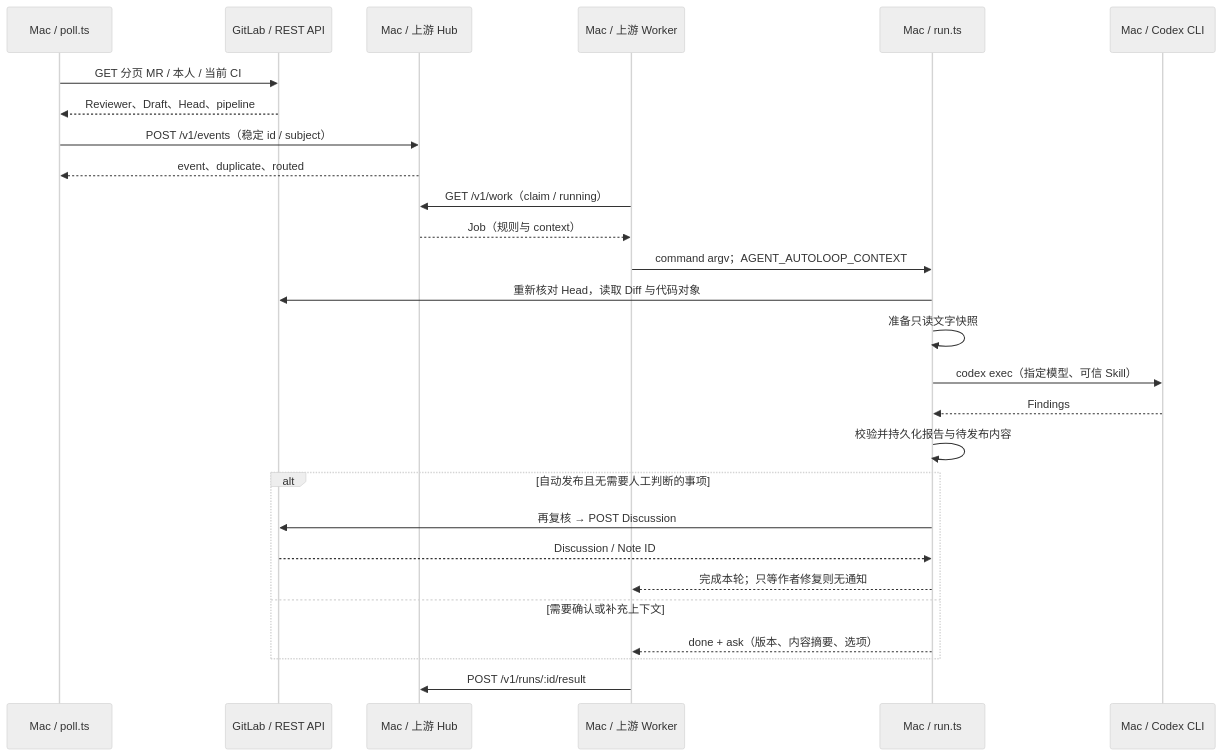
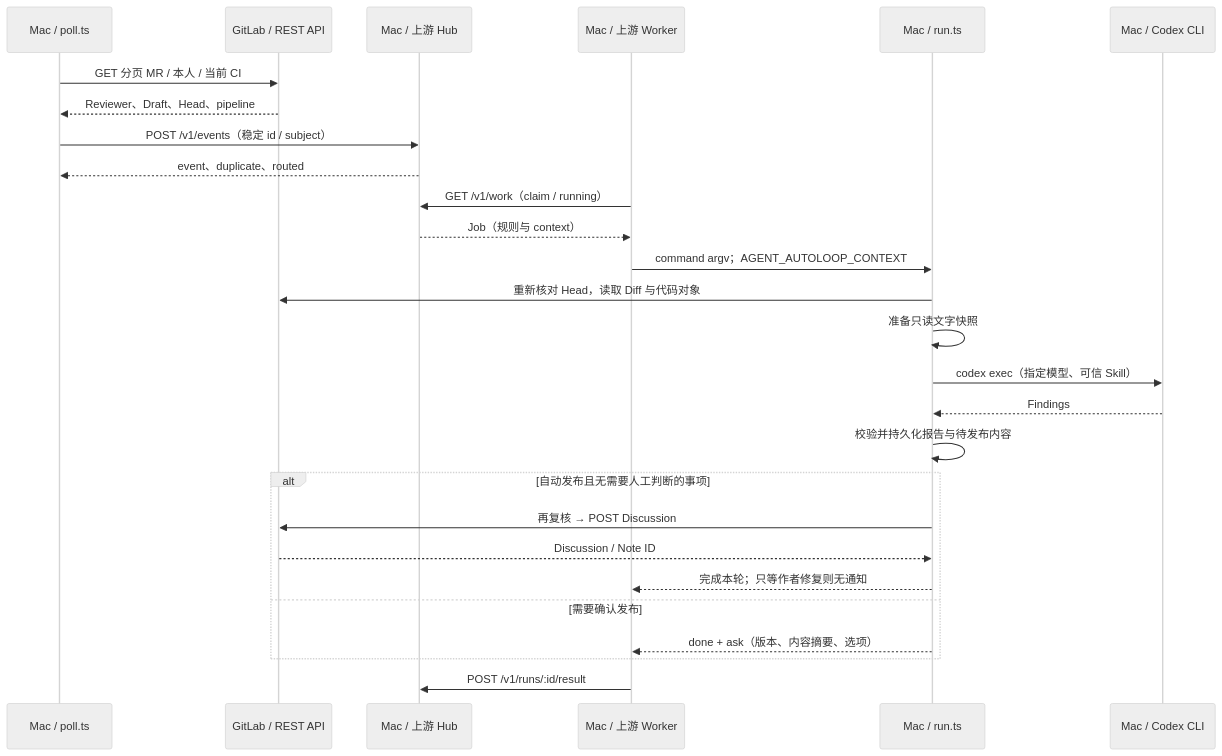
The second of 3 diagrams in docs/specs/local_agent_automation.md (OOSYOO/agent-autoloop), drawn with Mermaid (neutral theme) before and after one commit. The commit also changed other lines of this file and 76 other files, not shown here.

````diff
--- a/docs/specs/local_agent_automation.md
+++ b/docs/specs/local_agent_automation.md
@@ -108,29 +110,29 @@
 ```mermaid
 sequenceDiagram
     participant P as Mac / poll.ts
     participant G as GitLab / REST API
     participant H as Mac / 上游 Hub
     participant W as Mac / 上游 Worker
     participant R as Mac / run.ts
     participant X as Mac / Codex CLI
     P->>G: GET 分页 MR / 本人 / 当前 CI
     G-->>P: Reviewer、Draft、Head、pipeline
     P->>H: POST /v1/events（稳定 id / subject）
     H-->>P: event、duplicate、routed
     W->>H: GET /v1/work（claim / running）
     H-->>W: Job（规则与 context）
     W->>R: command argv；AGENT_AUTOLOOP_CONTEXT
     R->>G: 重新核对 Head，读取 Diff 与代码对象
     R->>R: 准备只读文字快照
     R->>X: codex exec（指定模型、可信 Skill）
     X-->>R: Findings
     R->>R: 校验并持久化报告与待发布内容
     alt 自动发布且无需要人工判断的事项
         R->>G: 再复核 → POST Discussion
         G-->>R: Discussion / Note ID
         R-->>W: 完成本轮；只等作者修复则无通知
-    else 需要确认或补充上下文
+    else 需要确认发布
         R-->>W: done + ask（版本、内容摘要、选项）
     end
     W->>H: POST /v1/runs/:id/result
 ```
````
